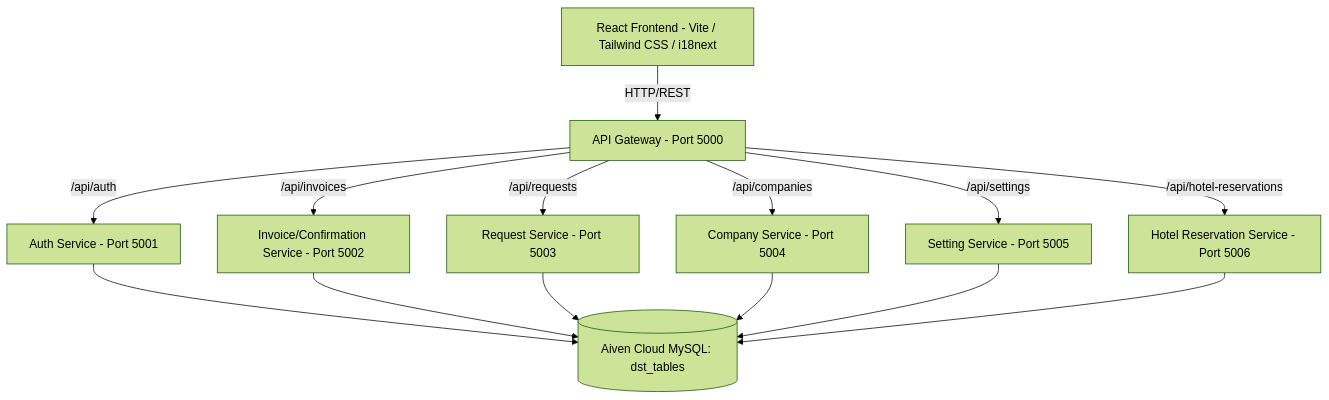
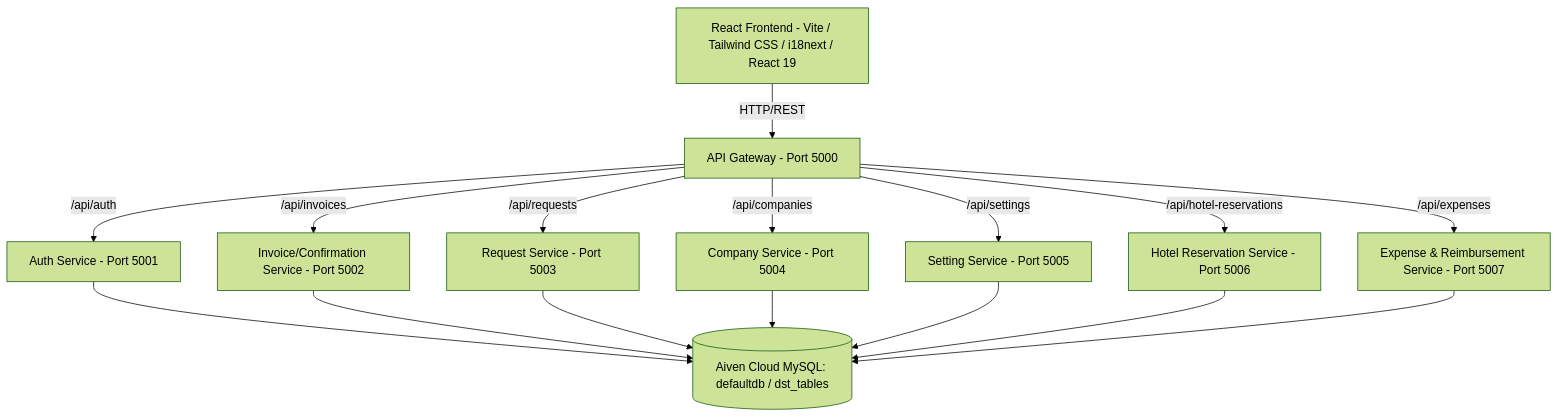
Before and after one commit to dimasalvarizk/finance-system: the first of 3 diagrams in README.md, drawn with Mermaid (forest theme). The commit also changed other lines of this file, not shown here.

````diff
--- a/README.md
+++ b/README.md
@@ -13,18 +13,20 @@
 ```mermaid
 graph TD
-    Client[React Frontend - Vite / Tailwind CSS / i18next] -->|HTTP/REST| Gateway[API Gateway - Port 5000]
+    Client[React Frontend - Vite / Tailwind CSS / i18next / React 19] -->|HTTP/REST| Gateway[API Gateway - Port 5000]
     
     Gateway -->|/api/auth| AuthService[Auth Service - Port 5001]
     Gateway -->|/api/invoices| InvoiceService[Invoice/Confirmation Service - Port 5002]
     Gateway -->|/api/requests| RequestService[Request Service - Port 5003]
     Gateway -->|/api/companies| CompanyService[Company Service - Port 5004]
     Gateway -->|/api/settings| SettingService[Setting Service - Port 5005]
     Gateway -->|/api/hotel-reservations| HotelService[Hotel Reservation Service - Port 5006]
+    Gateway -->|/api/expenses| ExpenseService[Expense & Reimbursement Service - Port 5007]
 
-    AuthService --> Database[(Aiven Cloud MySQL: dst_tables)]
+    AuthService --> Database[(Aiven Cloud MySQL: defaultdb / dst_tables)]
     InvoiceService --> Database
     RequestService --> Database
     CompanyService --> Database
     SettingService --> Database
     HotelService --> Database
+    ExpenseService --> Database
 ```
````
